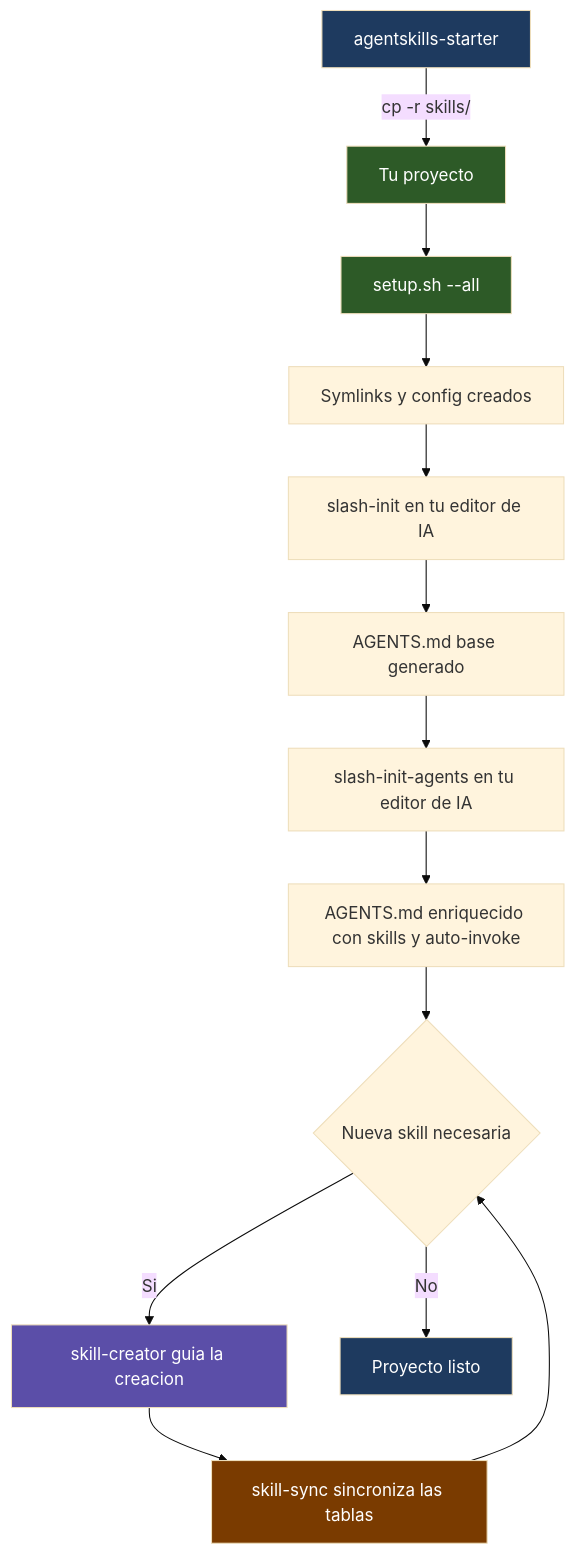
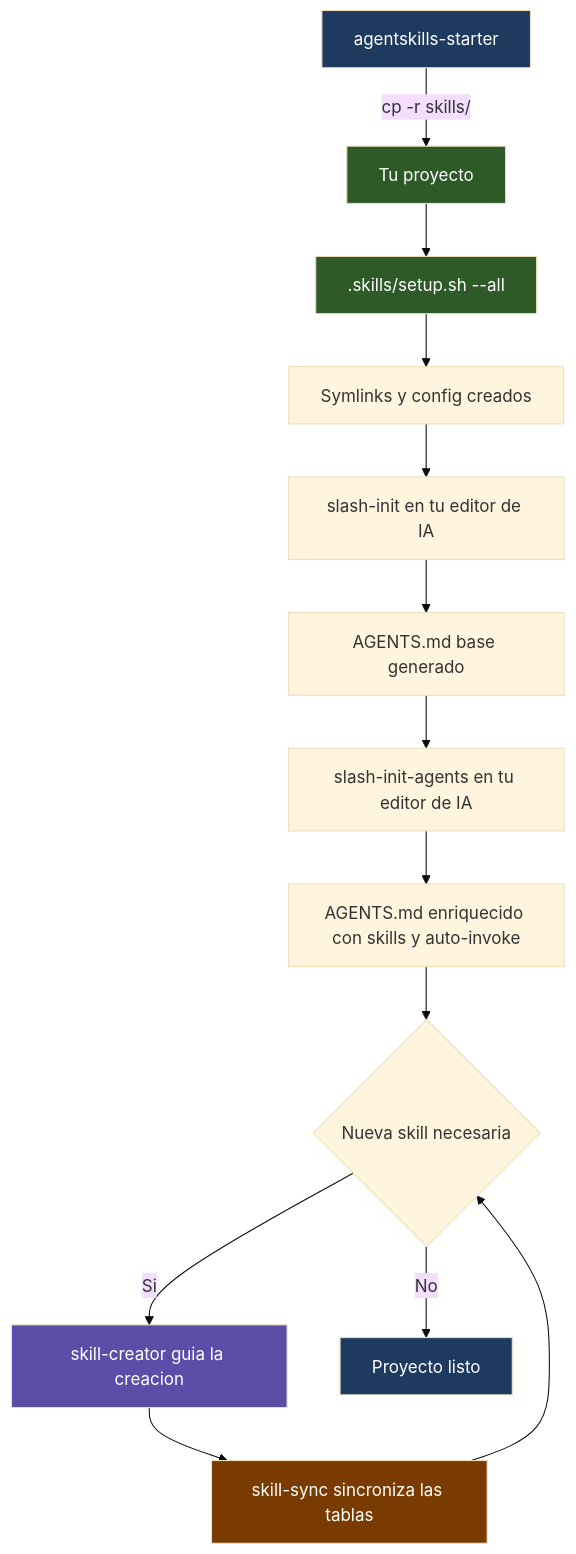
One commit to DavDaz/agentskills-starter changed the first of 3 diagrams in README.md. Above: the diagram before and after it, drawn with Mermaid (base theme).

Commit message:
Update README to correct script path

````diff
--- a/README.md
+++ b/README.md
@@ -10,26 +10,26 @@
 ```mermaid
 flowchart TD
     A[agentskills-starter] -->|cp -r skills/| B[Tu proyecto]
 
-    B --> C[setup.sh --all]
+    B --> C[.skills/setup.sh --all]
     C --> D[Symlinks y config creados]
 
     D --> E["slash-init en tu editor de IA"]
     E --> F[AGENTS.md base generado]
 
     F --> G["slash-init-agents en tu editor de IA"]
     G --> H[AGENTS.md enriquecido con skills y auto-invoke]
 
     H --> I{Nueva skill necesaria}
     I -- Si --> J[skill-creator guia la creacion]
     J --> K[skill-sync sincroniza las tablas]
     K --> I
     I -- No --> L[Proyecto listo]
 
     style A fill:#1e3a5f,color:#fff
     style B fill:#2d5a27,color:#fff
     style C fill:#2d5a27,color:#fff
     style J fill:#5b4ea8,color:#fff
     style K fill:#7a3b00,color:#fff
     style L fill:#1e3a5f,color:#fff
 ```
````
